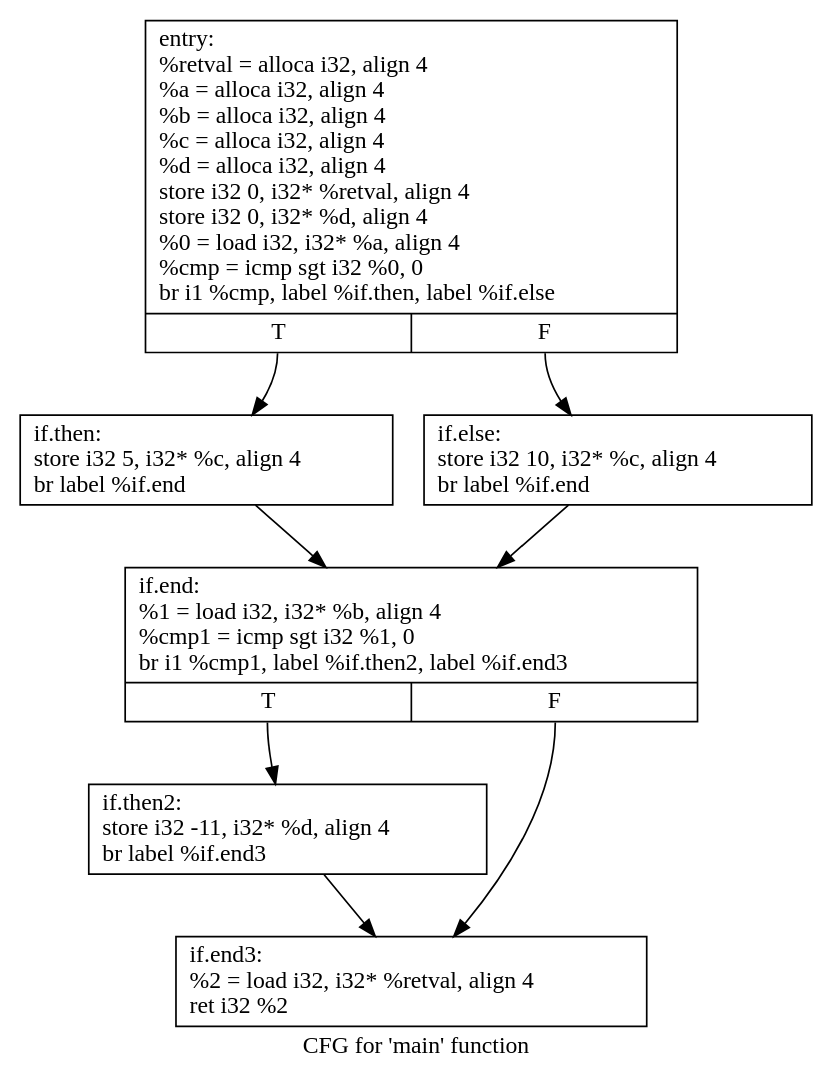
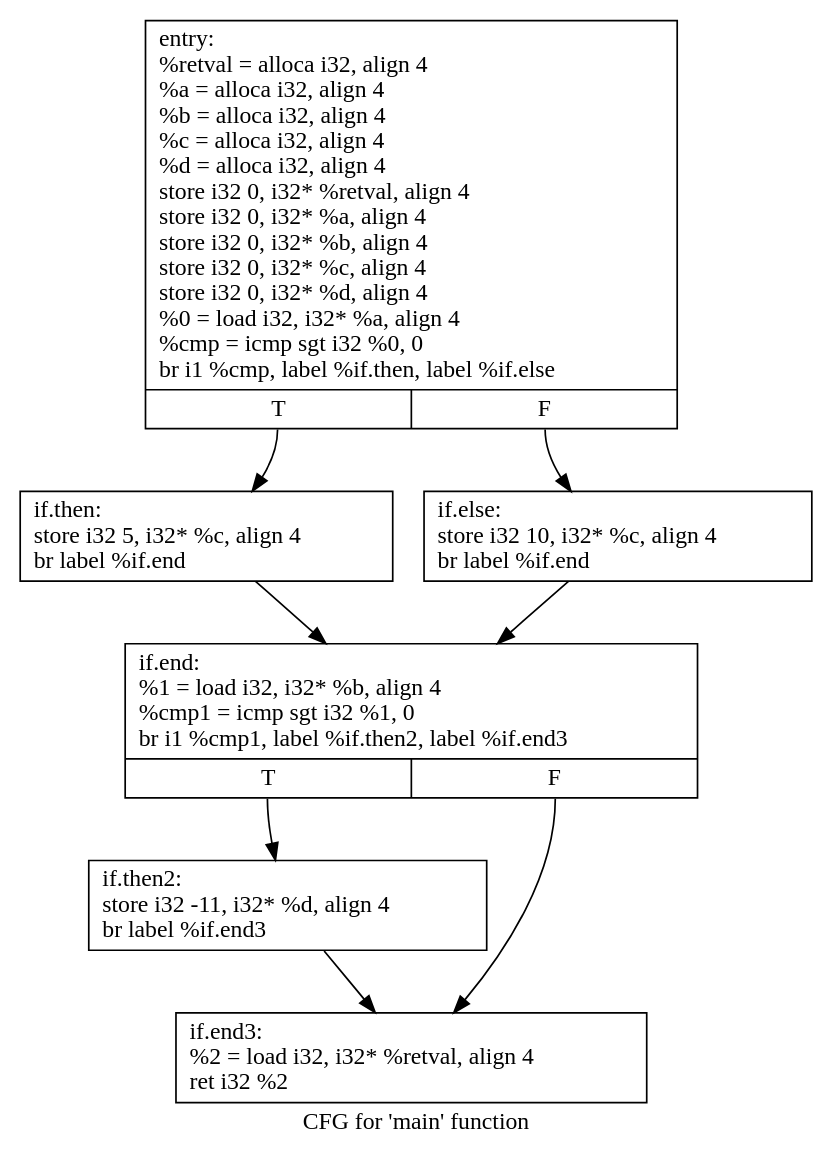
Before and after one commit to hjw95/program-analysis: the diagram in graphs/assignment3-example1.dot, drawn with Graphviz. The commit also changed 26 other files, not shown here.

```diff
--- a/graphs/assignment3-example1.dot
+++ b/graphs/assignment3-example1.dot
@@ -1,17 +1,17 @@
 digraph "CFG for 'main' function" {
 	label="CFG for 'main' function";
 
-	Node0x556243906810 [shape=record,label="{entry:\l  %retval = alloca i32, align 4\l  %a = alloca i32, align 4\l  %b = alloca i32, align 4\l  %c = alloca i32, align 4\l  %d = alloca i32, align 4\l  store i32 0, i32* %retval, align 4\l  store i32 0, i32* %d, align 4\l  %0 = load i32, i32* %a, align 4\l  %cmp = icmp sgt i32 %0, 0\l  br i1 %cmp, label %if.then, label %if.else\l|{<s0>T|<s1>F}}"];
-	Node0x556243906810:s0 -> Node0x556243907440;
-	Node0x556243906810:s1 -> Node0x556243907510;
-	Node0x556243907440 [shape=record,label="{if.then:                                          \l  store i32 5, i32* %c, align 4\l  br label %if.end\l}"];
-	Node0x556243907440 -> Node0x556243907690;
-	Node0x556243907510 [shape=record,label="{if.else:                                          \l  store i32 10, i32* %c, align 4\l  br label %if.end\l}"];
-	Node0x556243907510 -> Node0x556243907690;
-	Node0x556243907690 [shape=record,label="{if.end:                                           \l  %1 = load i32, i32* %b, align 4\l  %cmp1 = icmp sgt i32 %1, 0\l  br i1 %cmp1, label %if.then2, label %if.end3\l|{<s0>T|<s1>F}}"];
-	Node0x556243907690:s0 -> Node0x5562439078a0;
-	Node0x556243907690:s1 -> Node0x556243907980;
-	Node0x5562439078a0 [shape=record,label="{if.then2:                                         \l  store i32 -11, i32* %d, align 4\l  br label %if.end3\l}"];
-	Node0x5562439078a0 -> Node0x556243907980;
-	Node0x556243907980 [shape=record,label="{if.end3:                                          \l  %2 = load i32, i32* %retval, align 4\l  ret i32 %2\l}"];
+	Node0x5605b975a870 [shape=record,label="{entry:\l  %retval = alloca i32, align 4\l  %a = alloca i32, align 4\l  %b = alloca i32, align 4\l  %c = alloca i32, align 4\l  %d = alloca i32, align 4\l  store i32 0, i32* %retval, align 4\l  store i32 0, i32* %a, align 4\l  store i32 0, i32* %b, align 4\l  store i32 0, i32* %c, align 4\l  store i32 0, i32* %d, align 4\l  %0 = load i32, i32* %a, align 4\l  %cmp = icmp sgt i32 %0, 0\l  br i1 %cmp, label %if.then, label %if.else\l|{<s0>T|<s1>F}}"];
+	Node0x5605b975a870:s0 -> Node0x5605b975b620;
+	Node0x5605b975a870:s1 -> Node0x5605b975b6f0;
+	Node0x5605b975b620 [shape=record,label="{if.then:                                          \l  store i32 5, i32* %c, align 4\l  br label %if.end\l}"];
+	Node0x5605b975b620 -> Node0x5605b975b870;
+	Node0x5605b975b6f0 [shape=record,label="{if.else:                                          \l  store i32 10, i32* %c, align 4\l  br label %if.end\l}"];
+	Node0x5605b975b6f0 -> Node0x5605b975b870;
+	Node0x5605b975b870 [shape=record,label="{if.end:                                           \l  %1 = load i32, i32* %b, align 4\l  %cmp1 = icmp sgt i32 %1, 0\l  br i1 %cmp1, label %if.then2, label %if.end3\l|{<s0>T|<s1>F}}"];
+	Node0x5605b975b870:s0 -> Node0x5605b975ba80;
+	Node0x5605b975b870:s1 -> Node0x5605b975bb60;
+	Node0x5605b975ba80 [shape=record,label="{if.then2:                                         \l  store i32 -11, i32* %d, align 4\l  br label %if.end3\l}"];
+	Node0x5605b975ba80 -> Node0x5605b975bb60;
+	Node0x5605b975bb60 [shape=record,label="{if.end3:                                          \l  %2 = load i32, i32* %retval, align 4\l  ret i32 %2\l}"];
 }
```
